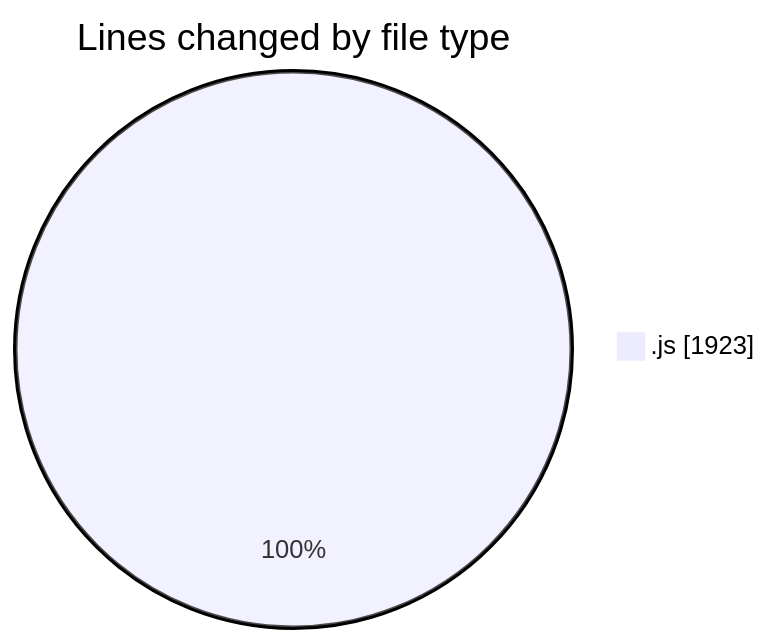
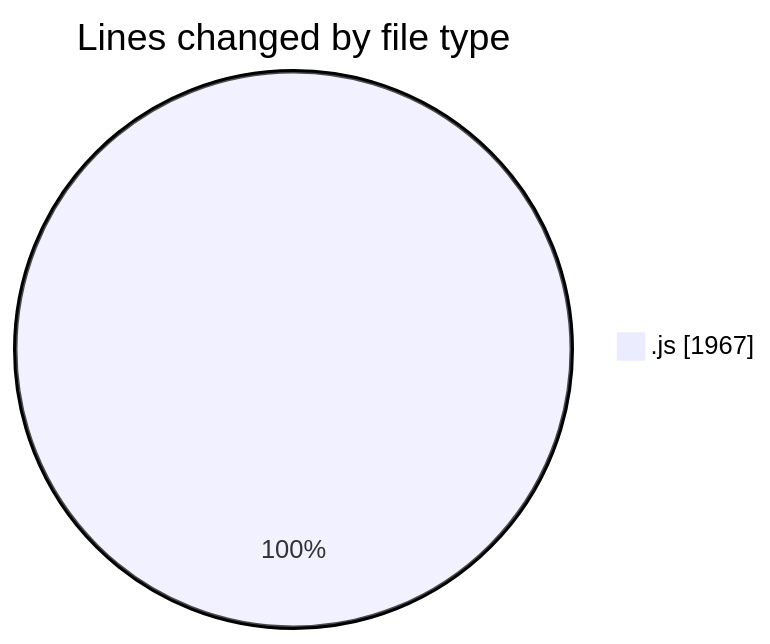
Before and after one commit to BS-eng2023/code-tracking: the first of 2 diagrams in 2025-04-03/jsvms/README.md, drawn with Mermaid. The commit also changed other lines of this file and 1 other file, not shown here.

````diff
--- a/2025-04-03/jsvms/README.md
+++ b/2025-04-03/jsvms/README.md
@@ -31,5 +31,5 @@
 ```mermaid
 pie showData
 title Lines changed by file type
-".js" : 1923
+".js" : 1967
 ```
````
